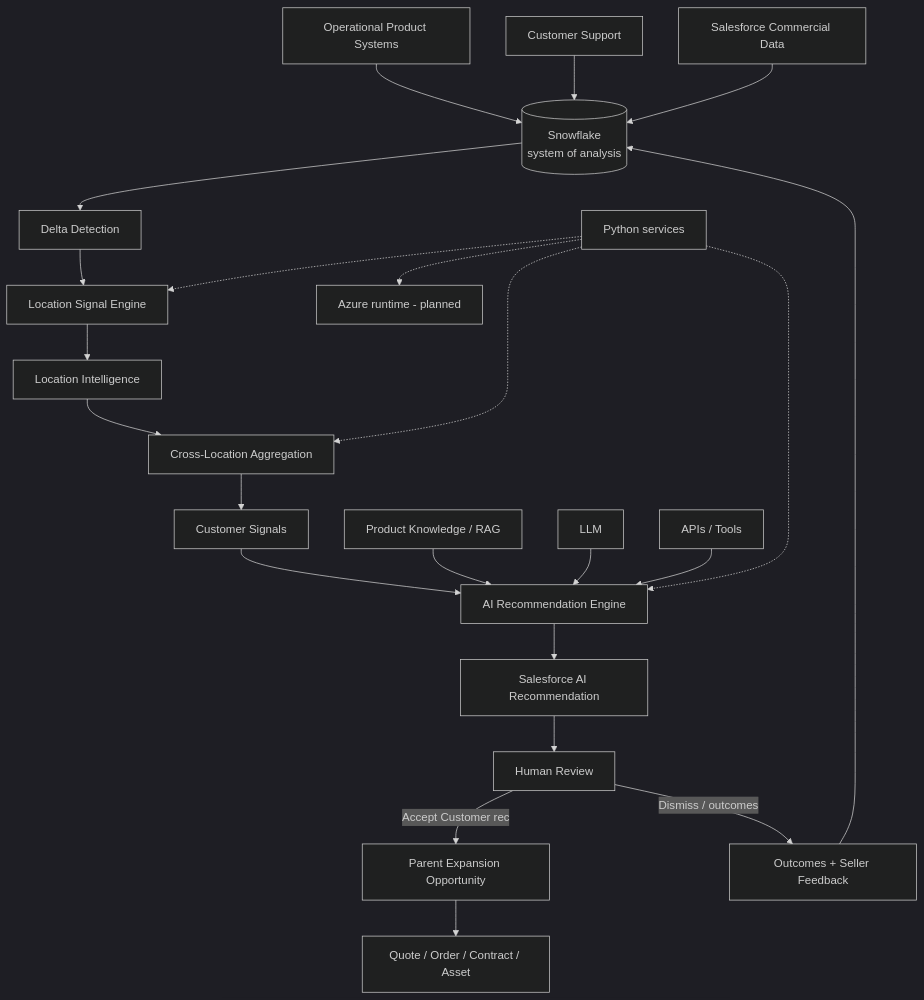
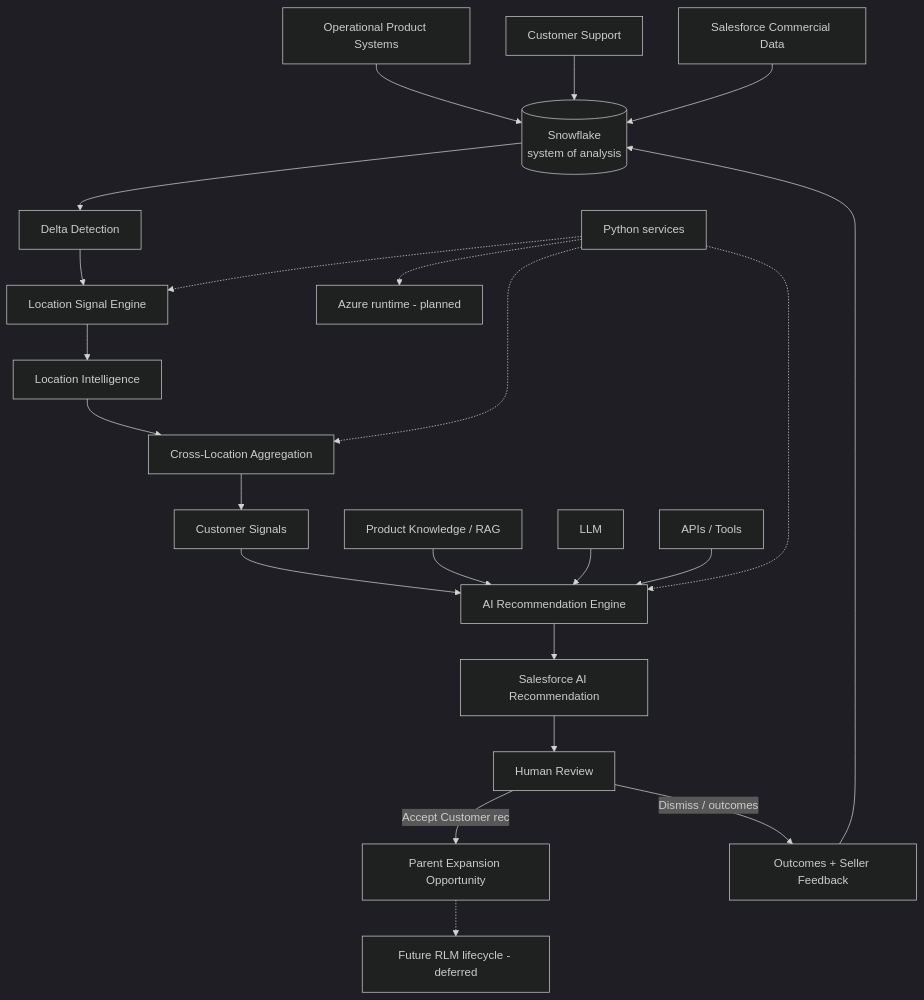
Before and after one commit to Krishna-Sanisetty/gtm-expansion-intelligence: the diagram in README.md, drawn with Mermaid (dark theme). The commit also changed other lines of this file and 13 other files, not shown here.

````diff
--- a/README.md
+++ b/README.md
@@ -120,46 +120,46 @@
 ```mermaid
 flowchart TB
   OPS[Operational Product Systems]
   SUP[Customer Support]
   SFCDC[Salesforce Commercial Data]
   SF[(Snowflake<br/>system of analysis)]
   DELTA[Delta Detection]
   LSE[Location Signal Engine]
   LI[Location Intelligence]
   AGG[Cross-Location Aggregation]
   CS[Customer Signals]
   AI[AI Recommendation Engine]
   RAG[Product Knowledge / RAG]
   LLM[LLM]
   TOOLS[APIs / Tools]
   REC[Salesforce AI Recommendation]
   HUMAN[Human Review]
   OPP[Parent Expansion Opportunity]
-  REV[Quote / Order / Contract / Asset]
+  REV[Future RLM lifecycle - deferred]
   FB[Outcomes + Seller Feedback]
   PY[Python services]
   AZ[Azure runtime - planned]
 
   OPS --> SF
   SUP --> SF
   SFCDC --> SF
   SF --> DELTA
   DELTA --> LSE
   LSE --> LI
   LI --> AGG
   AGG --> CS
   CS --> AI
   RAG --> AI
   LLM --> AI
   TOOLS --> AI
   AI --> REC
   REC --> HUMAN
   HUMAN -->|Accept Customer rec| OPP
-  OPP --> REV
+  OPP -.-> REV
   HUMAN -->|Dismiss / outcomes| FB
   FB --> SF
   PY -.-> LSE
   PY -.-> AGG
   PY -.-> AI
   PY -.-> AZ
 ```
````
